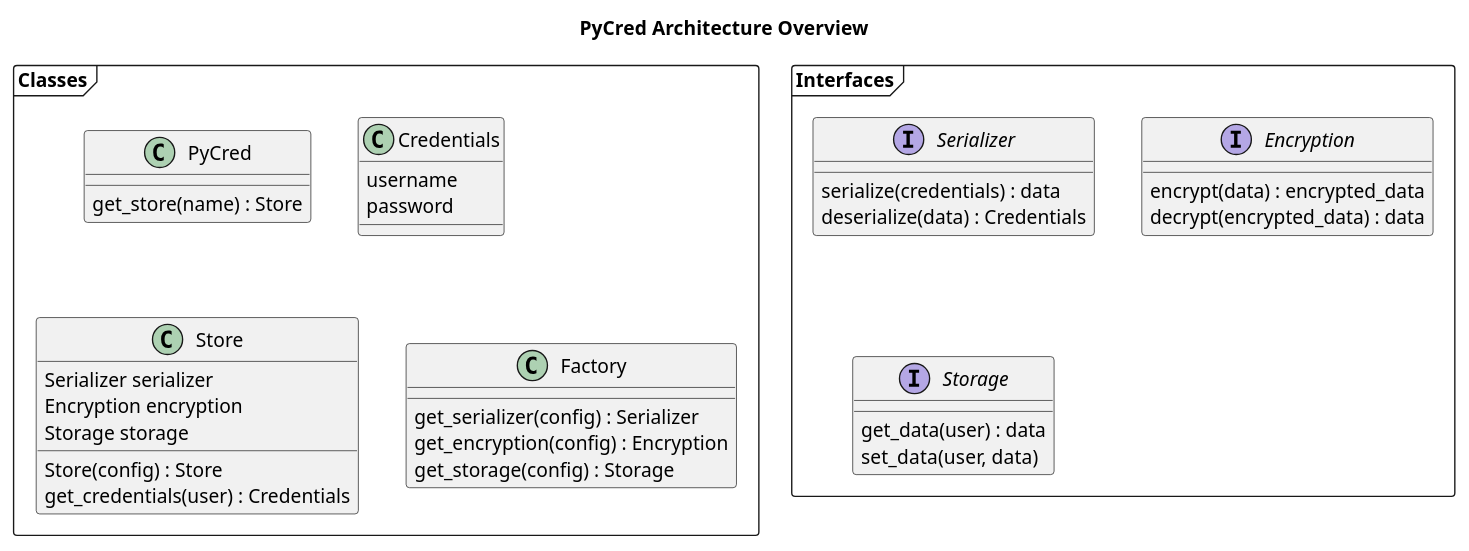
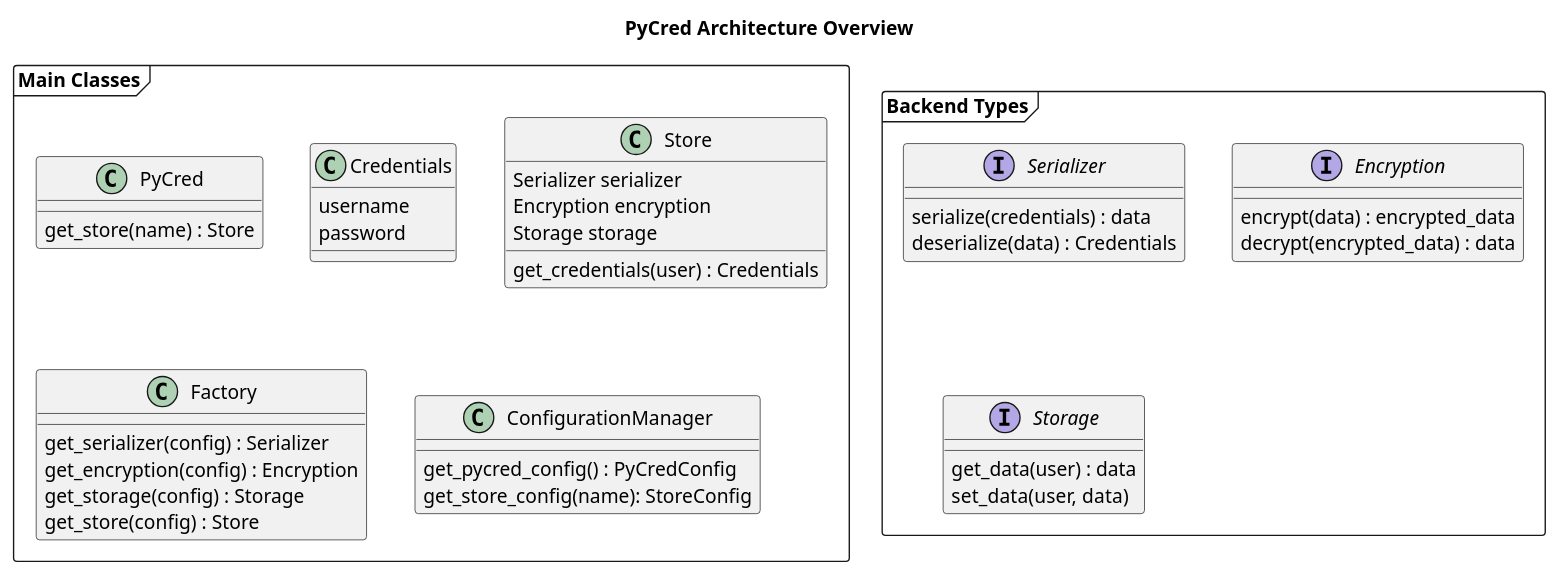
The diagram in doc/user_guide/architecture/overview.pu (devconsoft/pycred), drawn with PlantUML before and after one commit. The commit also changed 34 other files, not shown here.

```diff
--- a/doc/user_guide/architecture/overview.pu
+++ b/doc/user_guide/architecture/overview.pu
@@ -1,51 +1,56 @@
 @startuml
 
 title PyCred Architecture Overview
 
-package Classes <<frame>> {
+package "Main Classes" <<frame>> {
 
     class PyCred {
         get_store(name) : Store
     }
 
     class Credentials {
         username
         password
     }
 
     class Store {
         Serializer serializer
         Encryption encryption
         Storage storage
-        Store(config) : Store
         get_credentials(user) : Credentials
     }
 
     class Factory {
         get_serializer(config) : Serializer
         get_encryption(config) : Encryption
         get_storage(config) : Storage
+        get_store(config) : Store
+    }
+
+    class ConfigurationManager {
+        get_pycred_config() : PyCredConfig
+        get_store_config(name): StoreConfig
     }
 
 }
 
-package "Interfaces" <<frame>> {
+package "Backend Types" <<frame>> {
 
     interface Serializer {
         serialize(credentials) : data
         deserialize(data) : Credentials
     }
 
     interface Encryption {
         encrypt(data) : encrypted_data
         decrypt(encrypted_data) : data
     }
 
     interface Storage {
         get_data(user) : data
         set_data(user, data)
     }
 
 }
 
 @enduml
```
